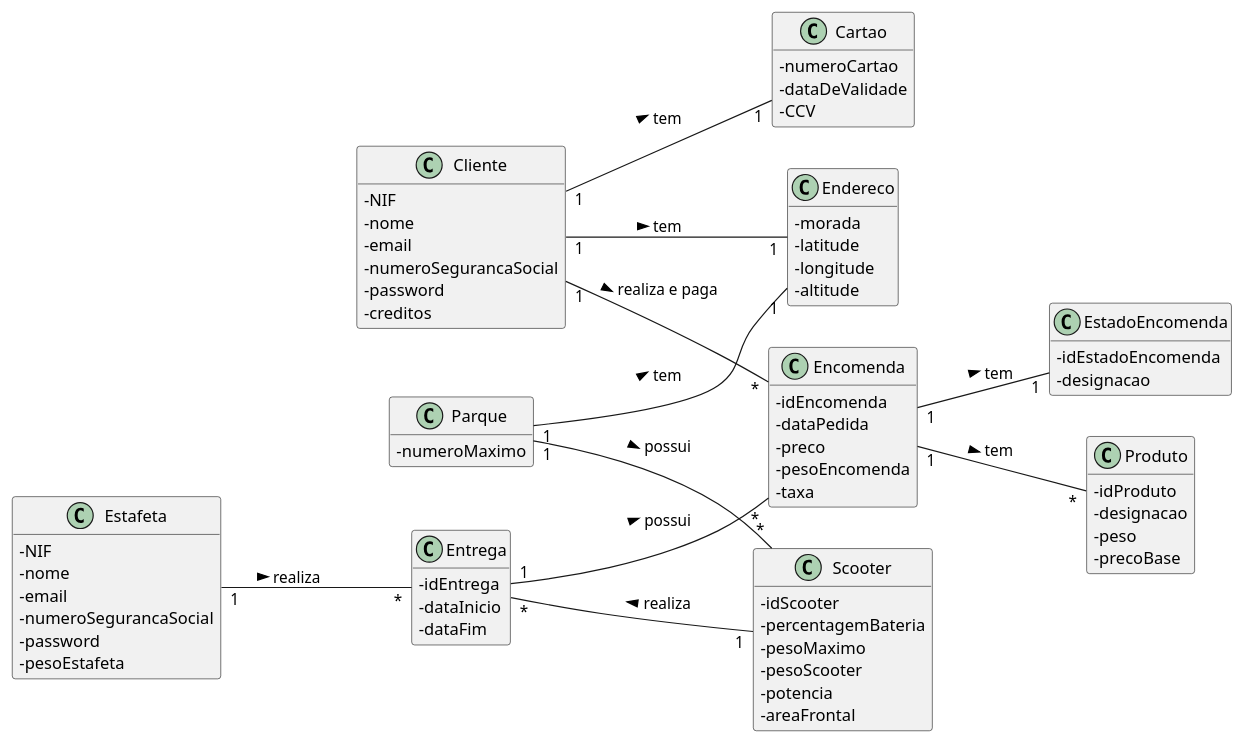
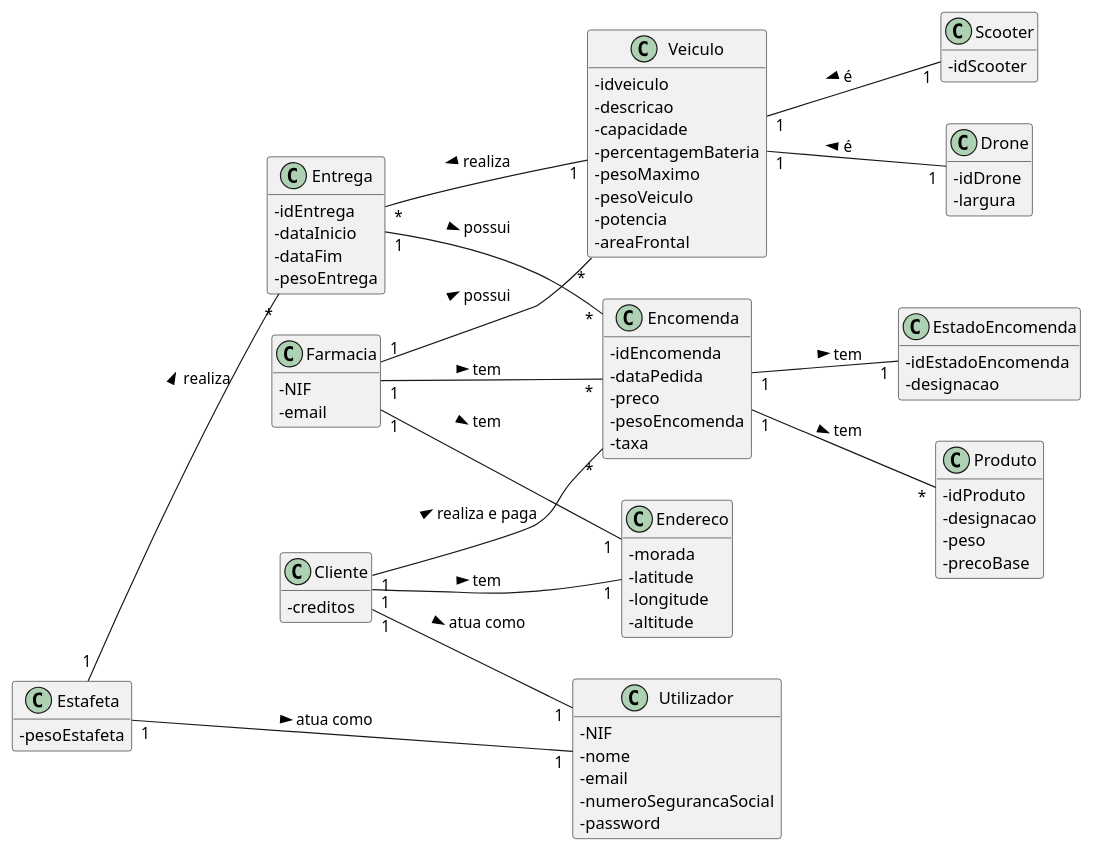
Before and after one commit to pedrolemos4/LAPR3: the diagram in docs/UC11/IniciaEntregaMD.puml, drawn with PlantUML. The commit also changed 15 other files, not shown here.

```diff
--- a/docs/UC11/IniciaEntregaMD.puml
+++ b/docs/UC11/IniciaEntregaMD.puml
@@ -1,88 +1,97 @@
 @startuml
 skinparam classAttributeIconSize 0
 hide methods
 left to right direction
 
 class Entrega {
   -idEntrega
   -dataInicio
   -dataFim
+  -pesoEntrega
 }
 
 class Encomenda {
   -idEncomenda
   -dataPedida
   -preco
   -pesoEncomenda
   -taxa
 }
 
-
 class Estafeta {
-  -NIF
-  -nome
-  -email
-  -numeroSegurancaSocial
-  -password
   -pesoEstafeta
 }
 
 class Endereco {
   -morada
   -latitude
   -longitude
   -altitude
 }
 
 class Scooter {
   -idScooter
-  -percentagemBateria
-  -pesoMaximo
-  -pesoScooter
-  -potencia
-  -areaFrontal
-}
-
-class Parque {
-  -numeroMaximo
 }
 
 class Cliente {
-  -NIF
-  -nome
-  -email
-  -numeroSegurancaSocial
-  -password
   -creditos
 }
 
-class Cartao {
-  -numeroCartao
-  -dataDeValidade
-  -CCV
-}
 
 class EstadoEncomenda {
   -idEstadoEncomenda
   -designacao
 }
 
 class Produto {
   -idProduto
   -designacao
   -peso
   -precoBase
 }
 
+class Utilizador {
+  -NIF
+  -nome
+  -email
+  -numeroSegurancaSocial
+  -password
+}
+
+class Veiculo {
+  -idveiculo
+  -descricao
+  -capacidade
+  -percentagemBateria
+  -pesoMaximo
+  -pesoVeiculo
+  -potencia
+  -areaFrontal
+}
+
+class Drone {
+  -idDrone
+  -largura
+}
+
+class Farmacia {
+  -NIF
+  -email
+}
+
 Encomenda "1" -- "1" EstadoEncomenda : tem >
-Cliente "1" -- "1" Cartao : tem >
 Entrega "1" -- "*" Encomenda : possui >
 Estafeta "1" -- "*" Entrega: realiza >
 Cliente "1" -- "1" Endereco: tem >
 Cliente "1" -- "*" Encomenda: realiza e paga >
-Entrega "*" -- "1" Scooter: realiza <
+Entrega "*" -- "1" Veiculo: realiza <
 Encomenda "1" -- "*" Produto: tem >
-Parque "1" -- "*" Scooter: possui >
-Parque "1" -- "1" Endereco: tem >
+Estafeta "1" -- "1" Utilizador: atua como >
+Cliente "1" -- "1" Utilizador: atua como >
+Veiculo "1" -- "1" Drone: é <
+Veiculo "1" -- "1" Scooter: é <
+Farmacia "1" -- "*" Encomenda: tem >
+Farmacia "1" -- "*" Veiculo: possui >
+Farmacia "1" -- "1" Endereco: tem >
 
 @enduml
```
